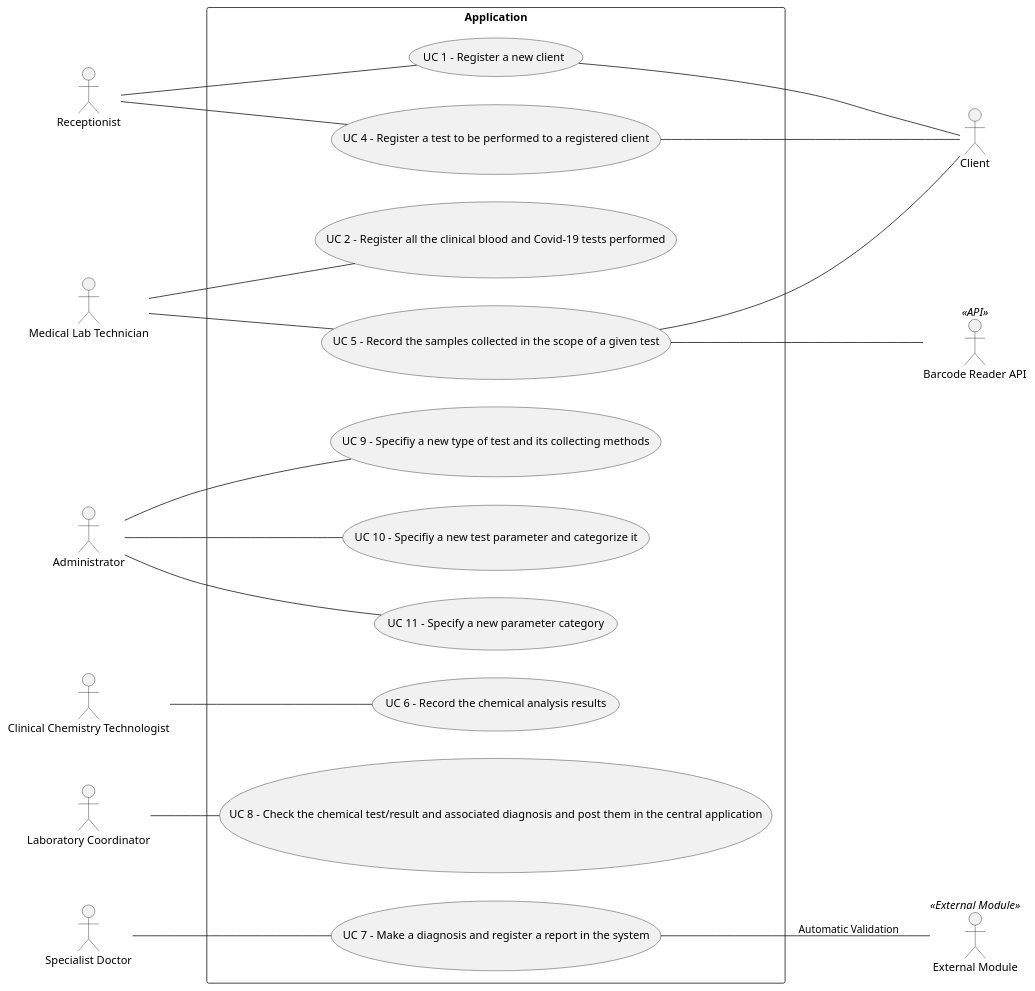
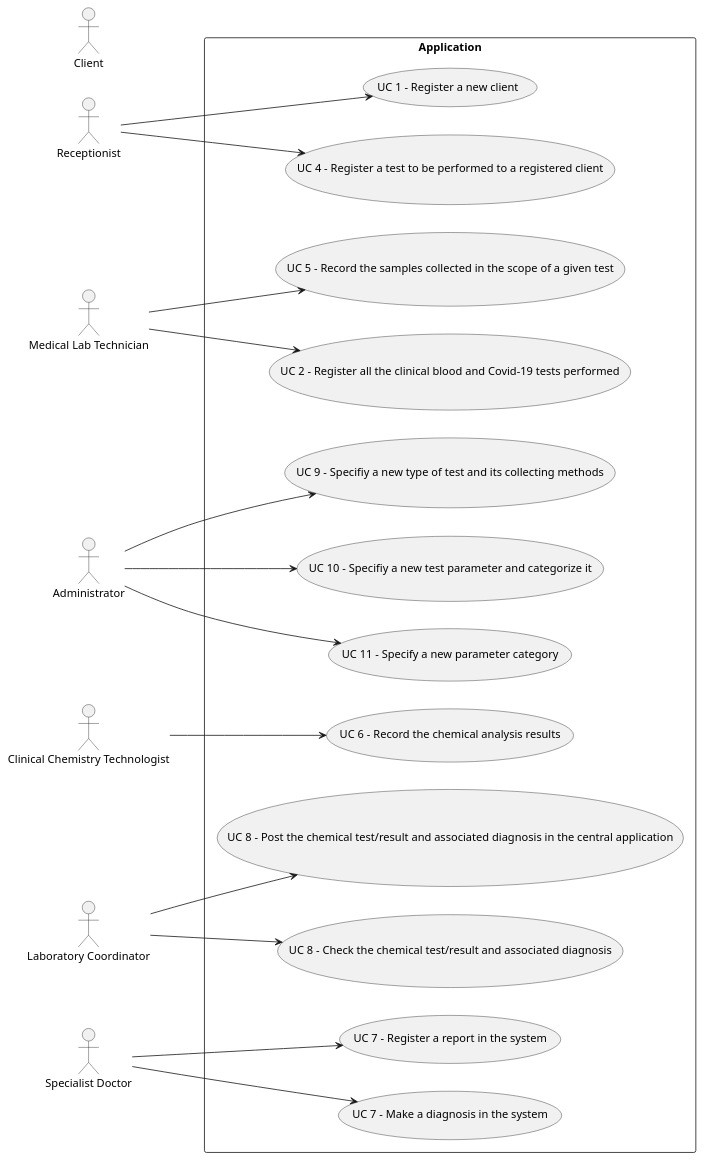
Before and after one commit to ana-albergaria/LAPR2-ISEP: the diagram in docs/SprintA/Use Case Diagram.puml, drawn with PlantUML. The commit also changed 2 other files, not shown here.

Commit message:
Adding gitignore and fixing UCD Diagram

```diff
--- a/docs/SprintA/Use Case Diagram.puml
+++ b/docs/SprintA/Use Case Diagram.puml
@@ -1,36 +1,32 @@
 @startuml
 
 left to right direction
 skinparam packageStyle rectangle
 actor Receptionist
 actor "Medical Lab Technician" as MLT
 actor Administrator
 actor "Clinical Chemistry Technologist" as CCT
 actor "Laboratory Coordinator" as LC
 actor "Specialist Doctor" as SD
 actor Client
-:Barcode Reader API: as API << API >>
-:External Module: as EM << External Module >>
+
 
 
 rectangle Application {
-Receptionist -- (UC 1 - Register a new client)
-MLT -- (UC 2 - Register all the clinical blood and Covid-19 tests performed)
-Receptionist -- (UC 4 - Register a test to be performed to a registered client)
-MLT -- (UC 5 - Record the samples collected in the scope of a given test)
-CCT -- (UC 6 - Record the chemical analysis results)
-SD -- (UC 7 - Make a diagnosis and register a report in the system)
-LC -- (UC 8 - Check the chemical test/result and associated diagnosis and post them in the central application)
-Administrator -- (UC 9 - Specifiy a new type of test and its collecting methods)
-Administrator -- (UC 10 - Specifiy a new test parameter and categorize it)
-Administrator -- (UC 11 - Specify a new parameter category)
+Receptionist --> (UC 1 - Register a new client)
+MLT --> (UC 2 - Register all the clinical blood and Covid-19 tests performed)
+Receptionist --> (UC 4 - Register a test to be performed to a registered client)
+MLT --> (UC 5 - Record the samples collected in the scope of a given test)
+CCT --> (UC 6 - Record the chemical analysis results)
+SD --> (UC 7 - Make a diagnosis in the system)
+SD --> (UC 7 - Register a report in the system)
+LC --> (UC 8 - Check the chemical test/result and associated diagnosis)
+LC --> (UC 8 - Post the chemical test/result and associated diagnosis in the central application)
+Administrator --> (UC 9 - Specifiy a new type of test and its collecting methods)
+Administrator --> (UC 10 - Specifiy a new test parameter and categorize it)
+Administrator --> (UC 11 - Specify a new parameter category)
 
-(UC 1 - Register a new client) -- Client
-(UC 4 - Register a test to be performed to a registered client) -- Client
-(UC 5 - Record the samples collected in the scope of a given test) -- Client
-(UC 5 - Record the samples collected in the scope of a given test) -- API
-(UC 7 - Make a diagnosis and register a report in the system) -- EM : Automatic Validation
 }
 
 
 @enduml
```
